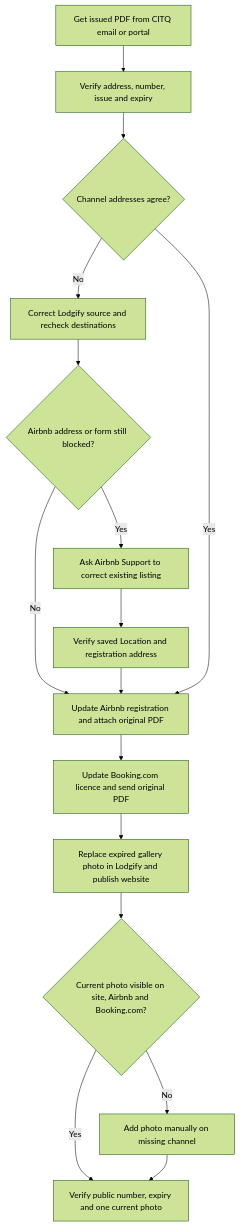
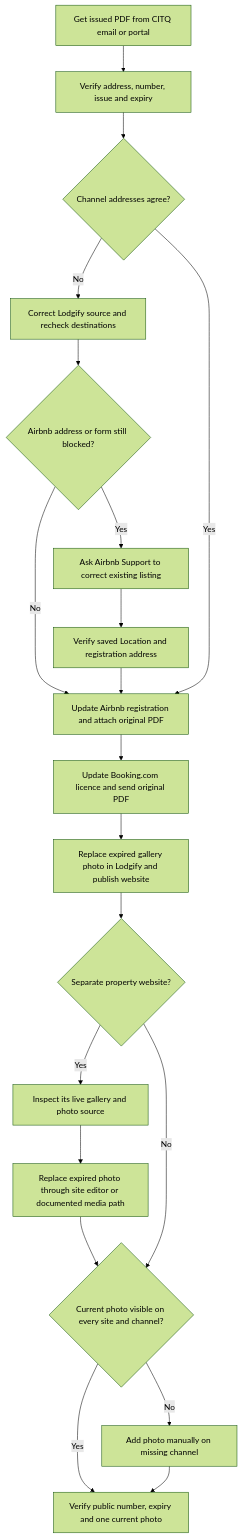
One commit to starodubtsevconsulting/ai-fleas changed the diagram in ai-commands/connect/citq-certificate-channels-update/SKILL.md. Above: the diagram before and after it, drawn with Mermaid (forest theme). The commit also changed other lines of this file, not shown here.

Commit message:
Document separate property website certificate updates

````diff
--- a/ai-commands/connect/citq-certificate-channels-update/SKILL.md
+++ b/ai-commands/connect/citq-certificate-channels-update/SKILL.md
@@ -16,18 +16,22 @@
 ```mermaid
 flowchart TD
     A[Get issued PDF from CITQ email or portal] --> B[Verify address, number, issue and expiry]
     B --> C{Channel addresses agree?}
     C -- No --> D[Correct Lodgify source and recheck destinations]
     D --> E{Airbnb address or form still blocked?}
     E -- Yes --> F[Ask Airbnb Support to correct existing listing]
     F --> G[Verify saved Location and registration address]
     E -- No --> H[Update Airbnb registration and attach original PDF]
     G --> H
     C -- Yes --> H
     H --> I[Update Booking.com licence and send original PDF]
     I --> J[Replace expired gallery photo in Lodgify and publish website]
-    J --> K{Current photo visible on site, Airbnb and Booking.com?}
+    J --> N{Separate property website?}
+    N -- Yes --> O[Inspect its live gallery and photo source]
+    O --> P[Replace expired photo through site editor or documented media path]
+    P --> K{Current photo visible on every site and channel?}
+    N -- No --> K
     K -- No --> L[Add photo manually on missing channel]
     K -- Yes --> M[Verify public number, expiry and one current photo]
     L --> M
 ```
````
